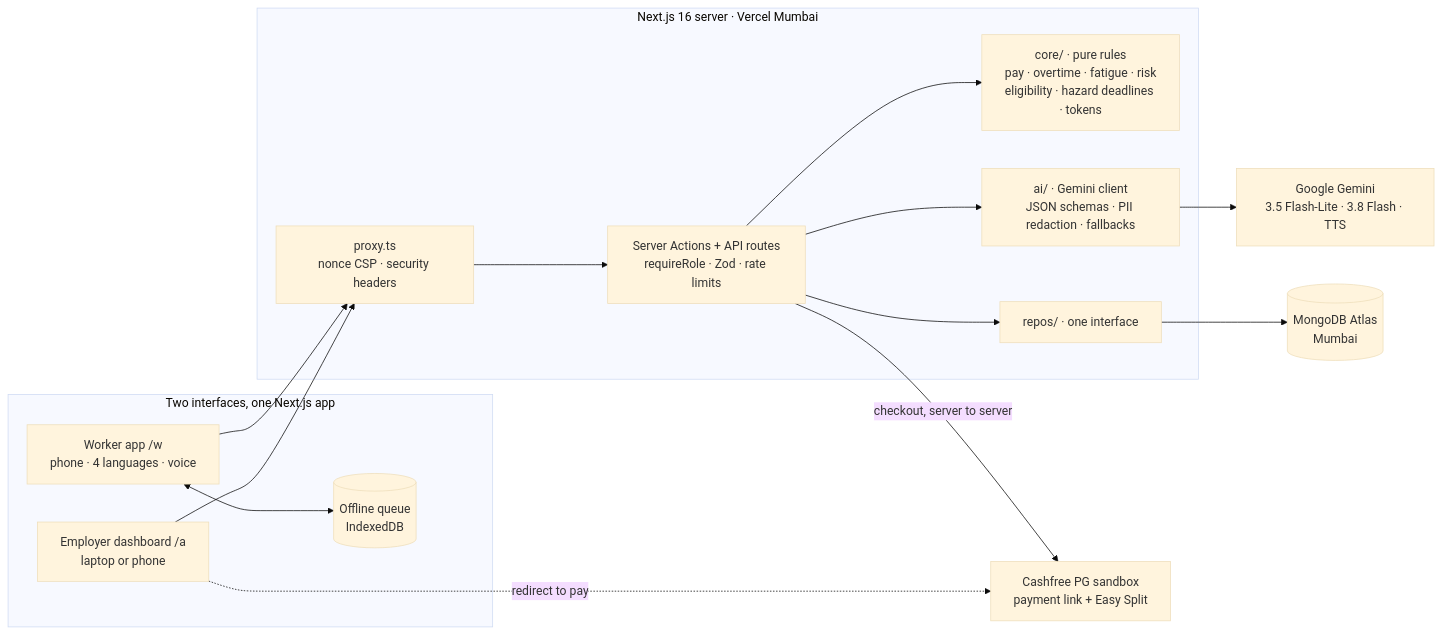
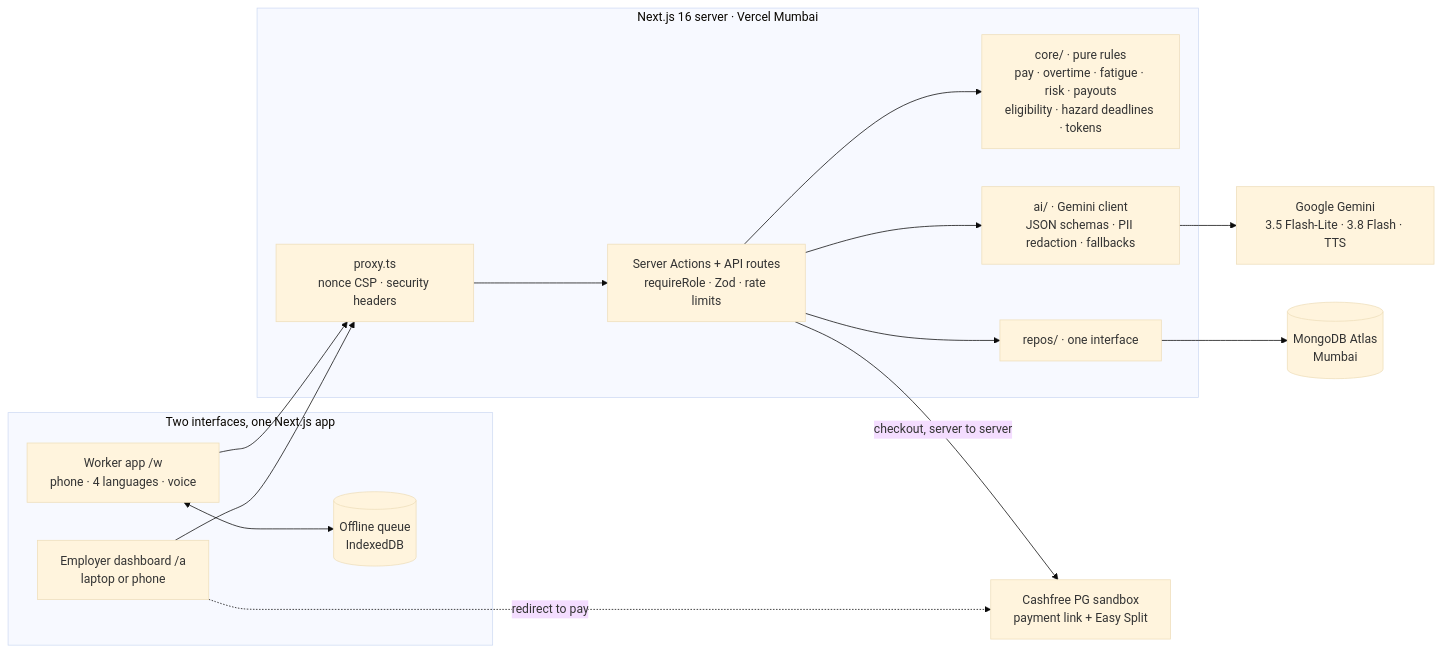
One commit to Dr-M-Suchithra-lab/ACM-SRM-PromptWars-2026 changed the diagram in students/RA2311003010804-AmanMaskara/README.md. Above: the diagram before and after it, drawn with Mermaid (base theme). The commit also changed other lines of this file and 9 other files, not shown here.

````diff
--- a/students/RA2311003010804-AmanMaskara/README.md
+++ b/students/RA2311003010804-AmanMaskara/README.md
@@ -114,26 +114,26 @@
 ```mermaid
 flowchart LR
     subgraph Clients["Two interfaces, one Next.js app"]
         W["Worker app /w<br/>phone · 4 languages · voice"]
         A["Employer dashboard /a<br/>laptop or phone"]
         Q[("Offline queue<br/>IndexedDB")]
     end
     subgraph Server["Next.js 16 server · Vercel Mumbai"]
         PX["proxy.ts<br/>nonce CSP · security headers"]
         SA["Server Actions + API routes<br/>requireRole · Zod · rate limits"]
-        CORE["core/ · pure rules<br/>pay · overtime · fatigue · risk<br/>eligibility · hazard deadlines · tokens"]
+        CORE["core/ · pure rules<br/>pay · overtime · fatigue · risk · payouts<br/>eligibility · hazard deadlines · tokens"]
         AI["ai/ · Gemini client<br/>JSON schemas · PII redaction · fallbacks"]
         REPO["repos/ · one interface"]
     end
     W --> PX
     A --> PX
     W <--> Q
     PX --> SA
     SA --> CORE
     SA --> AI
     SA --> REPO
     AI --> GEM["Google Gemini<br/>3.5 Flash-Lite · 3.8 Flash · TTS"]
     REPO --> DB[("MongoDB Atlas<br/>Mumbai")]
     SA -- "checkout, server to server" --> CF["Cashfree PG sandbox<br/>payment link + Easy Split"]
     A -. "redirect to pay" .-> CF
 ```
````
